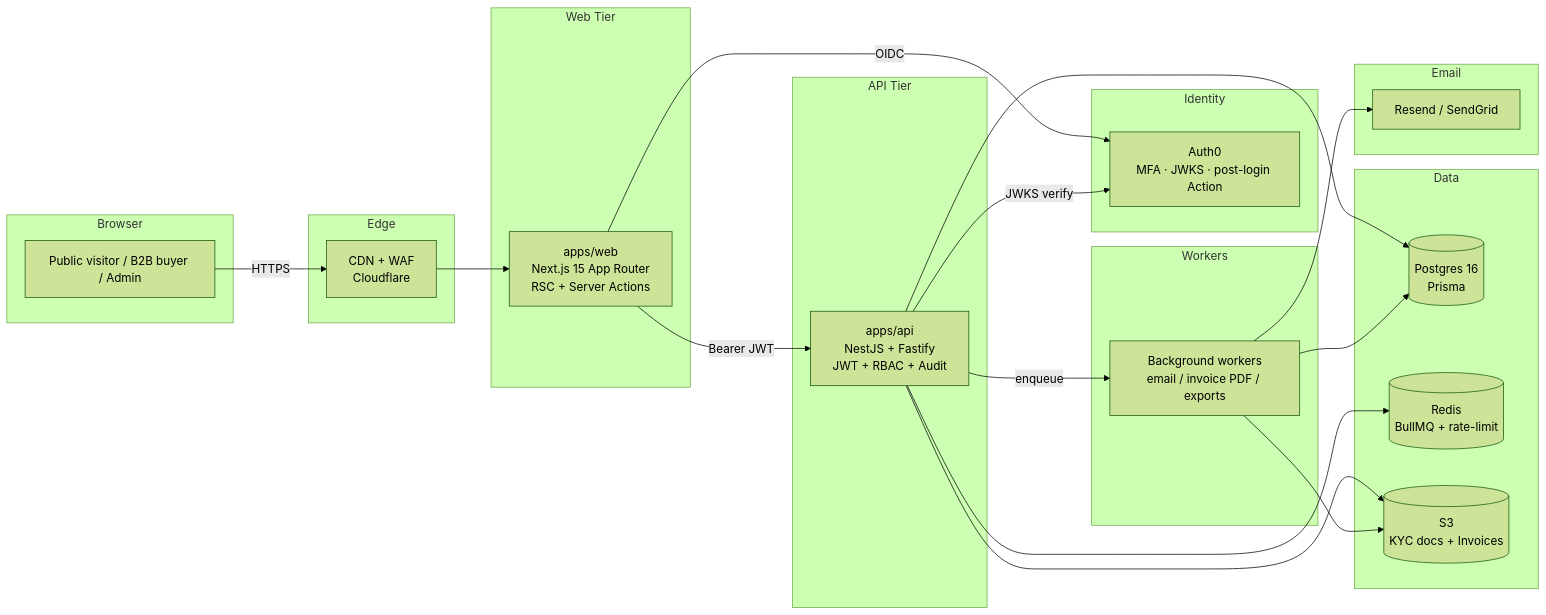
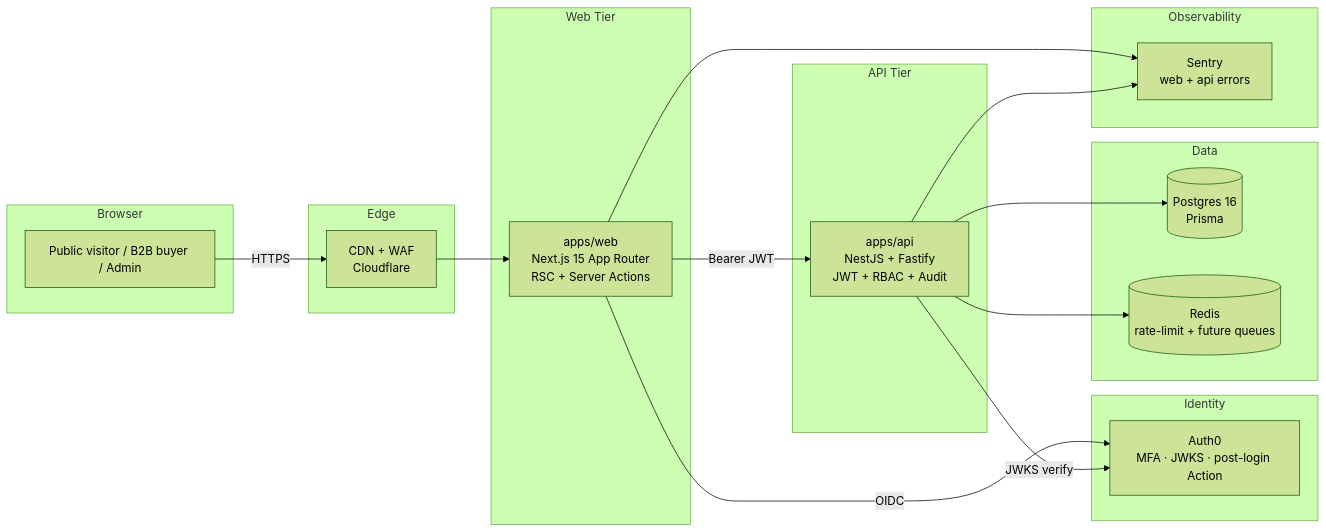
Before and after one commit to ParthBotre/parshlo: the diagram in README.md, drawn with Mermaid (forest theme). The commit also changed other lines of this file and 11 other files, not shown here.

````diff
--- a/README.md
+++ b/README.md
@@ -45,48 +45,40 @@
 ```mermaid
 flowchart LR
   subgraph Browser
     User[Public visitor / B2B buyer / Admin]
   end
 
   subgraph Edge
     CDN[CDN + WAF<br/>Cloudflare]
   end
 
   subgraph Web Tier
     Web[apps/web<br/>Next.js 15 App Router<br/>RSC + Server Actions]
   end
 
   subgraph API Tier
     API[apps/api<br/>NestJS + Fastify<br/>JWT + RBAC + Audit]
   end
 
   subgraph Identity
     Auth0[Auth0<br/>MFA · JWKS · post-login Action]
   end
 
   subgraph Data
     PG[(Postgres 16<br/>Prisma)]
-    Redis[(Redis<br/>BullMQ + rate-limit)]
-    S3[(S3<br/>KYC docs + Invoices)]
+    Redis[(Redis<br/>rate-limit + future queues)]
   end
 
-  subgraph Workers
-    Jobs[Background workers<br/>email / invoice PDF / exports]
-  end
-
-  subgraph Email
-    Resend[Resend / SendGrid]
+  subgraph Observability
+    Sentry[Sentry<br/>web + api errors]
   end
 
   User -->|HTTPS| CDN --> Web
   Web -->|Bearer JWT| API
   Web -->|OIDC| Auth0
   API -->|JWKS verify| Auth0
   API --> PG
   API --> Redis
-  API --> S3
-  API -->|enqueue| Jobs
-  Jobs --> Resend
-  Jobs --> PG
-  Jobs --> S3
+  Web --> Sentry
+  API --> Sentry
 ```
````
